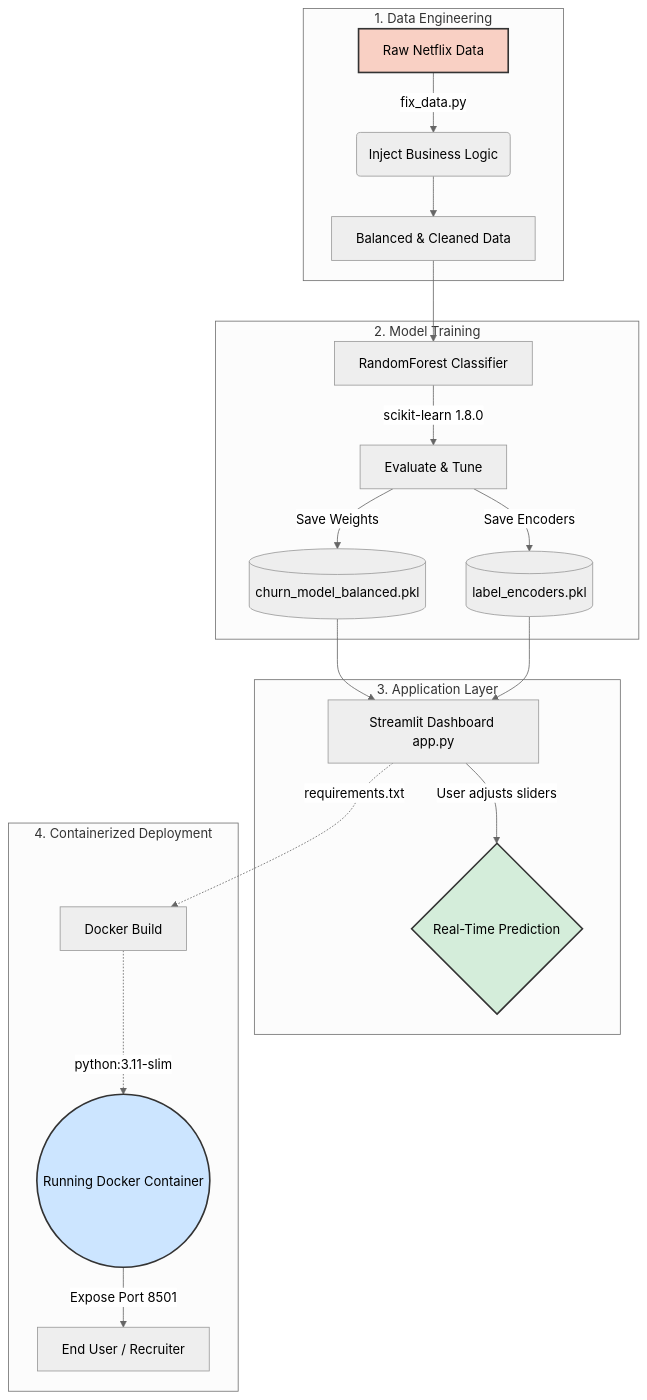
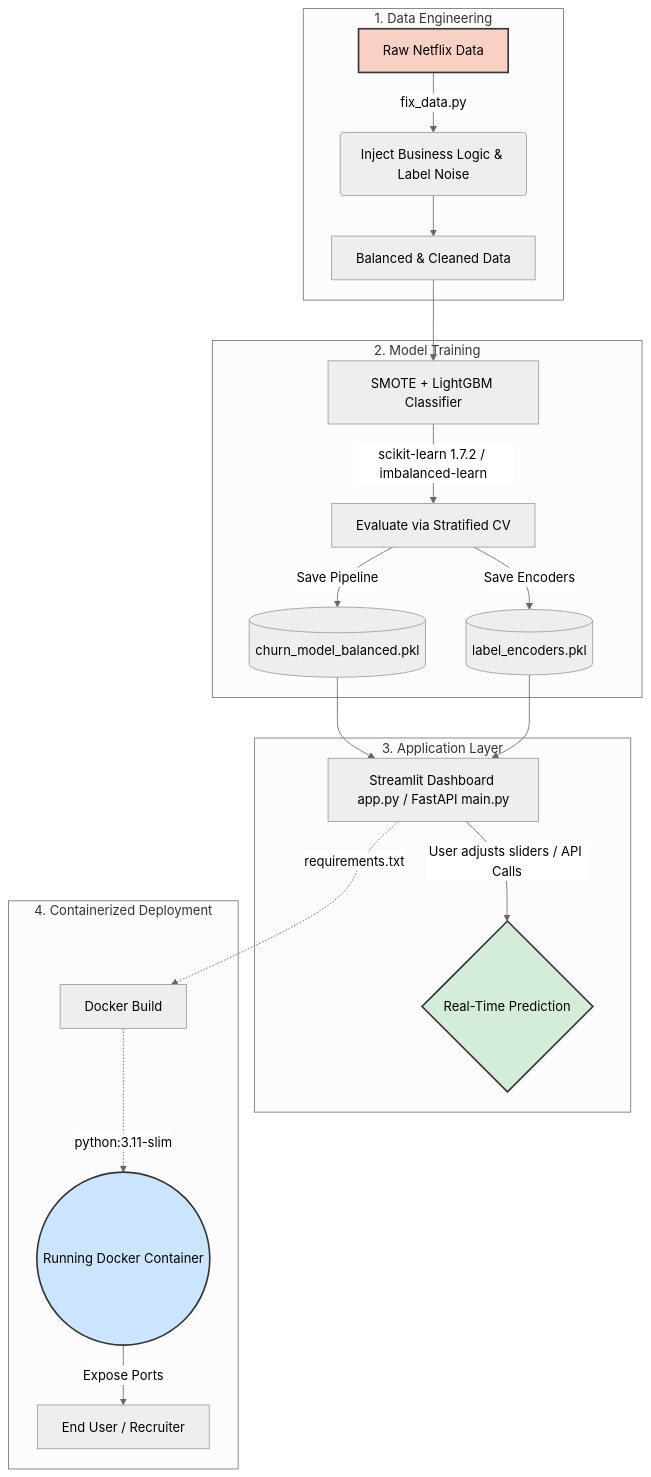
The diagram in README.md (albrynx/netflix-churn-mlops), drawn with Mermaid (neutral theme) before and after one commit. The commit also changed other lines of this file, not shown here.

````diff
--- a/README.md
+++ b/README.md
@@ -7,31 +7,31 @@
 ```mermaid
 graph TD
     subgraph Step1 [1. Data Engineering]
-        A[Raw Netflix Data] -->|fix_data.py| B(Inject Business Logic)
+        A[Raw Netflix Data] -->|fix_data.py| B(Inject Business Logic & Label Noise)
         B --> C[Balanced & Cleaned Data]
     end
 
     subgraph Step2 [2. Model Training]
-        C --> D[RandomForest Classifier]
-        D -->|scikit-learn 1.8.0| E[Evaluate & Tune]
-        E -->|Save Weights| F[(churn_model_balanced.pkl)]
+        C --> D[SMOTE + LightGBM Classifier]
+        D -->|scikit-learn 1.7.2 / imbalanced-learn| E[Evaluate via Stratified CV]
+        E -->|Save Pipeline| F[(churn_model_balanced.pkl)]
         E -->|Save Encoders| G[(label_encoders.pkl)]
     end
 
     subgraph Step3 [3. Application Layer]
-        F --> H[Streamlit Dashboard app.py]
+        F --> H[Streamlit Dashboard app.py / FastAPI main.py]
         G --> H
-        H -->|User adjusts sliders| I{Real-Time Prediction}
+        H -->|User adjusts sliders / API Calls| I{Real-Time Prediction}
     end
 
     subgraph Step4 [4. Containerized Deployment]
         H -.->|requirements.txt| J[Docker Build]
         J -.->|python:3.11-slim| K((Running Docker Container))
-        K -->|Expose Port 8501| L[End User / Recruiter]
+        K -->|Expose Ports| L[End User / Recruiter]
     end
 
     %% Colors %%
     style A fill:#f9d0c4,stroke:#333,stroke-width:2px
     style I fill:#d4edda,stroke:#333,stroke-width:2px
     style K fill:#cce5ff,stroke:#333,stroke-width:2px
 ```
````
